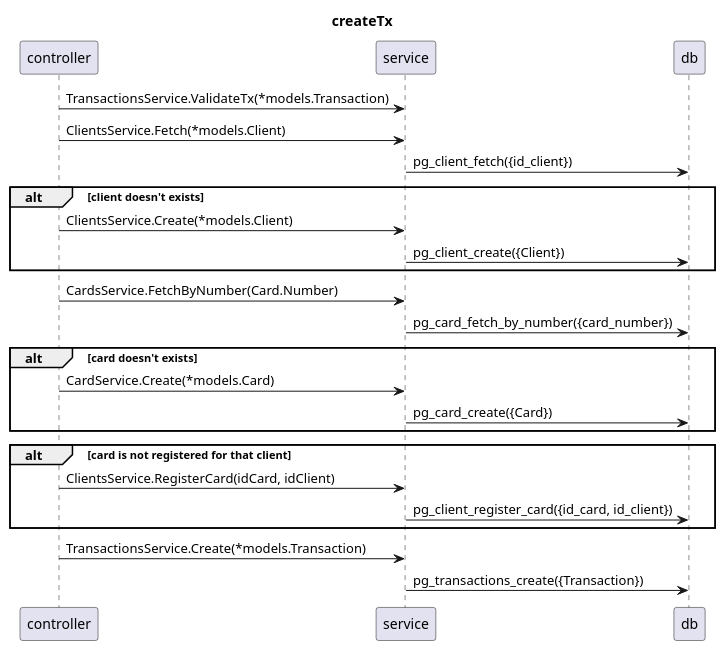
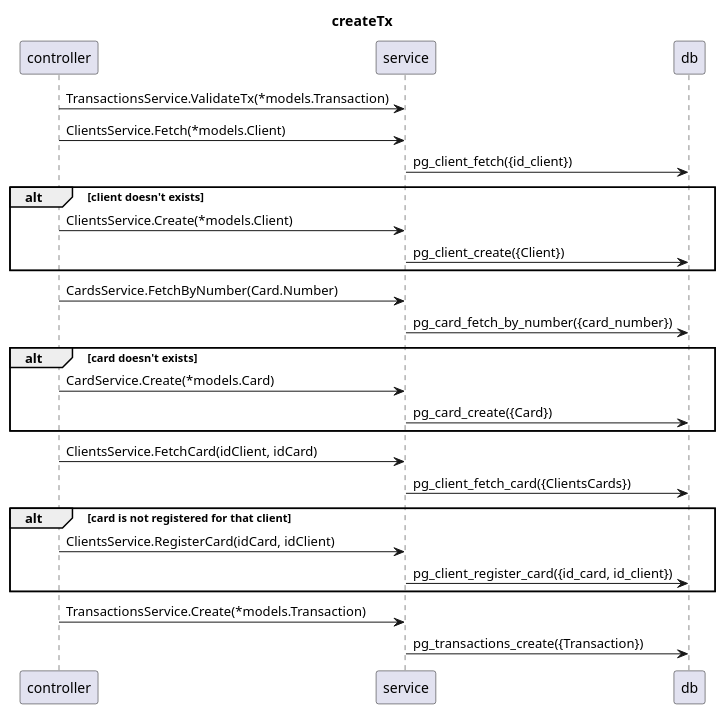
Before and after one commit to Farber98/vagas: the diagram in internal/docs/sequenceDiagrams/createTx.puml, drawn with PlantUML. The commit also changed 12 other files, not shown here.

Commit message:
added constants package. Added more tests. Corrected diagrams and made the first draft of transactions controller.

```diff
--- a/internal/docs/sequenceDiagrams/createTx.puml
+++ b/internal/docs/sequenceDiagrams/createTx.puml
@@ -1,34 +1,37 @@
 @startuml
 title createTx
 skinparam responseMessageBelowArrow true
 controller -> service : TransactionsService.ValidateTx(*models.Transaction)
 controller -> service : ClientsService.Fetch(*models.Client)
 service -> db : pg_client_fetch({id_client})
 alt client doesn't exists
 
     controller -> service: ClientsService.Create(*models.Client)
     service -> db : pg_client_create({Client})
 
 end
 
 controller -> service : CardsService.FetchByNumber(Card.Number)
 service -> db : pg_card_fetch_by_number({card_number})
 
 alt card doesn't exists
 
     controller -> service: CardService.Create(*models.Card)
     service -> db : pg_card_create({Card})
 
 end
 
+controller -> service : ClientsService.FetchCard(idClient, idCard)
+service -> db : pg_client_fetch_card({ClientsCards})
+
 alt card is not registered for that client
 
     controller -> service: ClientsService.RegisterCard(idCard, idClient)
     service -> db : pg_client_register_card({id_card, id_client})
 
 end
 
 controller -> service : TransactionsService.Create(*models.Transaction)
 service -> db : pg_transactions_create({Transaction})
 
 @enduml
```
